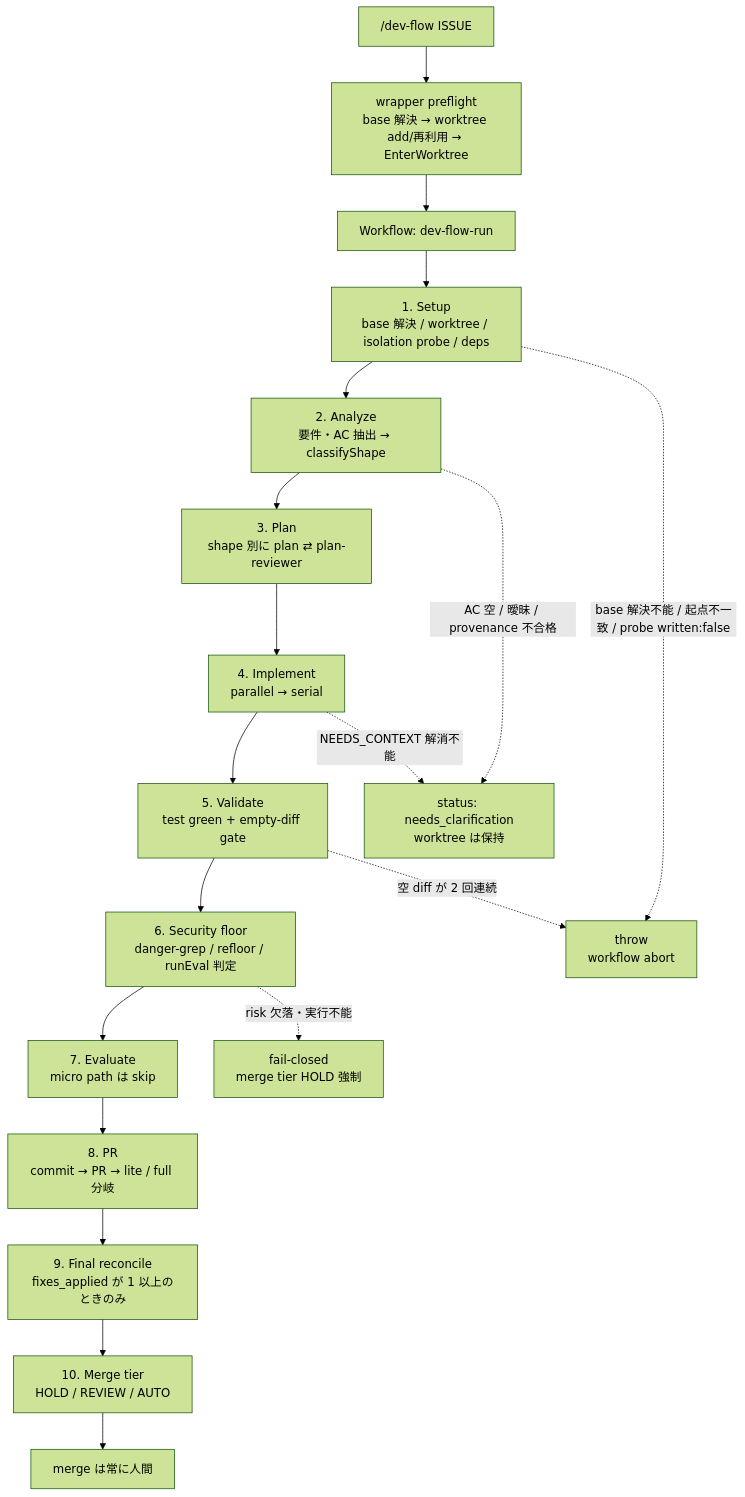
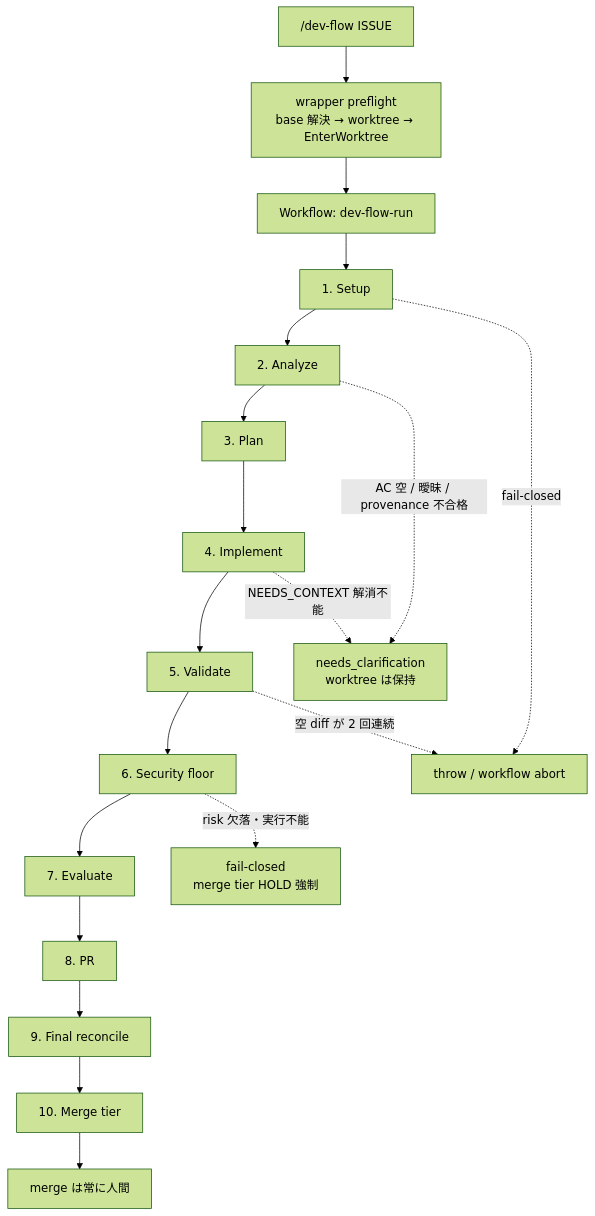
One commit to it-all-playpark/skills changed the first of 14 diagrams in docs/dev-flow-atlas.md. Above: the diagram before and after it, drawn with Mermaid (forest theme). The commit also changed other lines of this file, not shown here.

First line of the commit message:
docs(dev-flow): パイプライン図を phase ごとに 1 枚へ分解する

````diff
--- a/docs/dev-flow-atlas.md
+++ b/docs/dev-flow-atlas.md
@@ -32,23 +34,22 @@
 ```mermaid
 flowchart TD
-    U["/dev-flow ISSUE"] --> PF["wrapper preflight<br/>base 解決 → worktree add/再利用 → EnterWorktree"]
+    U["/dev-flow ISSUE"] --> PF["wrapper preflight<br/>base 解決 → worktree → EnterWorktree"]
     PF --> W["Workflow: dev-flow-run"]
-
-    W --> S["1. Setup<br/>base 解決 / worktree / isolation probe / deps"]
-    S --> A["2. Analyze<br/>要件・AC 抽出 → classifyShape"]
-    A --> P["3. Plan<br/>shape 別に plan ⇄ plan-reviewer"]
-    P --> I["4. Implement<br/>parallel → serial"]
-    I --> V["5. Validate<br/>test green + empty-diff gate"]
-    V --> SF["6. Security floor<br/>danger-grep / refloor / runEval 判定"]
-    SF --> E["7. Evaluate<br/>micro path は skip"]
-    E --> R["8. PR<br/>commit → PR → lite / full 分岐"]
-    R --> FR["9. Final reconcile<br/>fixes_applied が 1 以上のときのみ"]
-    FR --> MT["10. Merge tier<br/>HOLD / REVIEW / AUTO"]
+    W --> S["1. Setup"]
+    S --> A["2. Analyze"]
+    A --> P["3. Plan"]
+    P --> I["4. Implement"]
+    I --> V["5. Validate"]
+    V --> SF["6. Security floor"]
+    SF --> E["7. Evaluate"]
+    E --> R["8. PR"]
+    R --> FR["9. Final reconcile"]
+    FR --> MT["10. Merge tier"]
     MT --> HU["merge は常に人間"]
 
-    S -.->|"base 解決不能 / 起点不一致 / probe written:false"| AB["throw<br/>workflow abort"]
+    S -.->|"fail-closed"| AB["throw / workflow abort"]
     V -.->|"空 diff が 2 回連続"| AB
-    A -.->|"AC 空 / 曖昧 / provenance 不合格"| NC["status: needs_clarification<br/>worktree は保持"]
+    A -.->|"AC 空 / 曖昧 / provenance 不合格"| NC["needs_clarification<br/>worktree は保持"]
     I -.->|"NEEDS_CONTEXT 解消不能"| NC
     SF -.->|"risk 欠落・実行不能"| FC["fail-closed<br/>merge tier HOLD 強制"]
 ```
````
